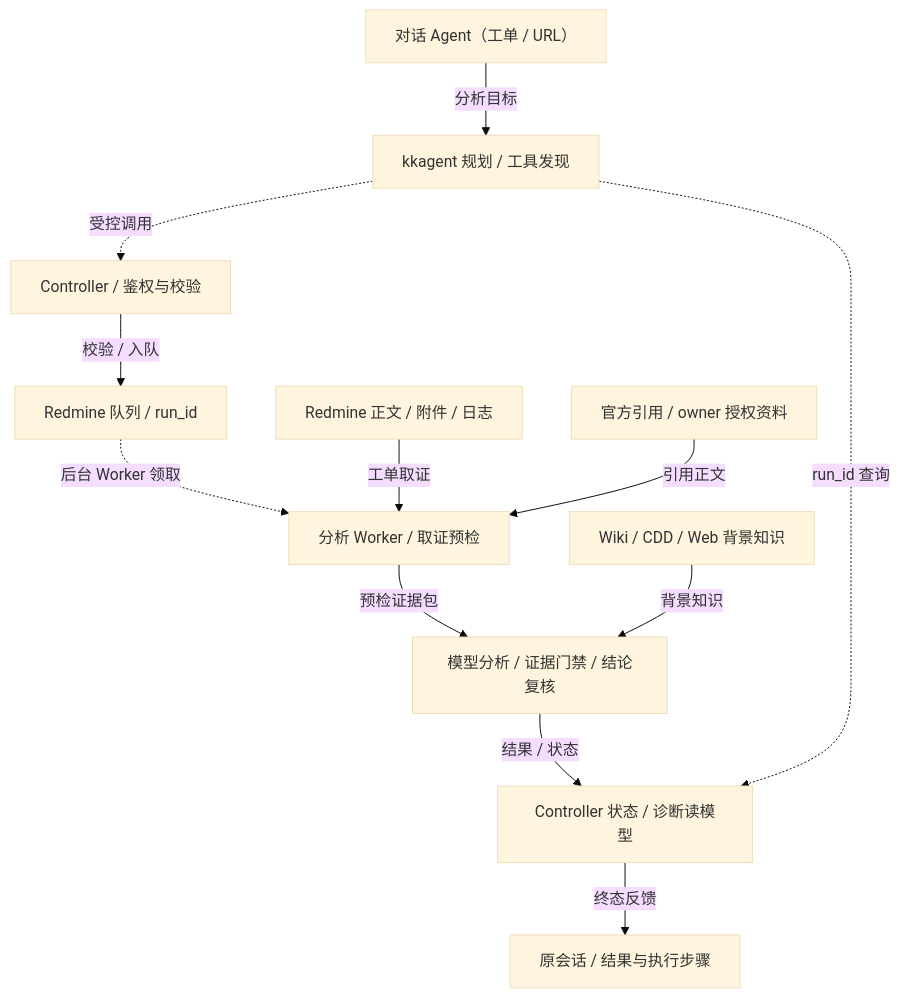
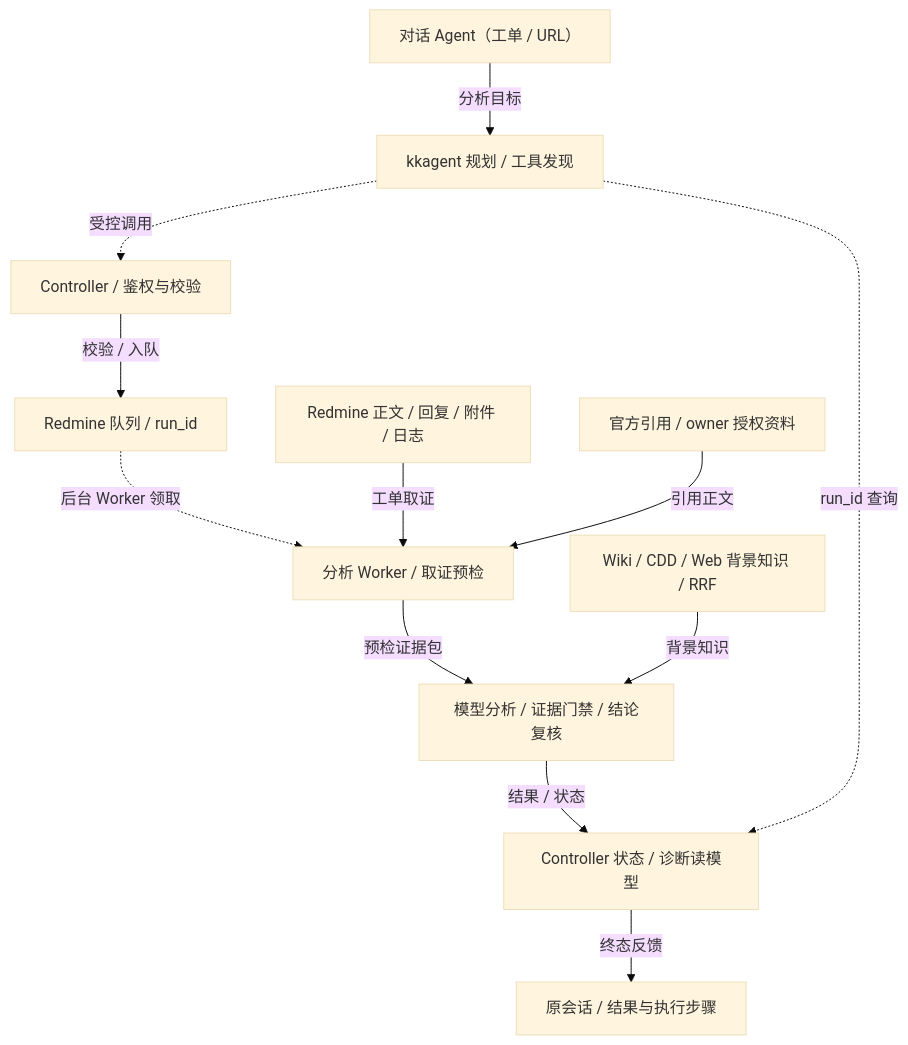
Before and after one commit to weixin1263831586/GMS_Remote_Test_Web: the diagram in docs/architecture/agent-analysis-topology.mmd, drawn with Mermaid (base theme). The commit also changed 7 other files, not shown here.

Commit message:
Audit GMS requirement provenance and capture RAG architecture browser evidence

```diff
--- a/docs/architecture/agent-analysis-topology.mmd
+++ b/docs/architecture/agent-analysis-topology.mmd
@@ -1,25 +1,25 @@
 %% 后台 Worker 负责取证、引用召回和复核；Agent 按 run_id 查询任务权威状态。
 flowchart TB
     Chat["对话 Agent（工单 / URL）"]
     Planner["kkagent 规划 / 工具发现"]
     Guard["Controller / 鉴权与校验"]
     Run["Redmine 队列 / run_id"]
     Collect["分析 Worker / 取证预检"]
-    Evidence["Redmine 正文 / 附件 / 日志"]
+    Evidence["Redmine 正文 / 回复 / 附件 / 日志"]
     References["官方引用 / owner 授权资料"]
     Review["模型分析 / 证据门禁 / 结论复核"]
-    Knowledge["Wiki / CDD / Web 背景知识"]
+    Knowledge["Wiki / CDD / Web 背景知识 / RRF"]
     Monitor["Controller 状态 / 诊断读模型"]
     Reply["原会话 / 结果与执行步骤"]
 
     Chat -->|"分析目标"| Planner
     Planner -.->|"受控调用"| Guard
     Guard -->|"校验 / 入队"| Run
     Run -.->|"后台 Worker 领取"| Collect
     Evidence -->|"工单取证"| Collect
     References -->|"引用正文"| Collect
     Collect -->|"预检证据包"| Review
     Knowledge -->|"背景知识"| Review
     Review -->|"结果 / 状态"| Monitor
     Planner -.->|"run_id 查询"| Monitor
     Monitor -->|"终态反馈"| Reply
```
